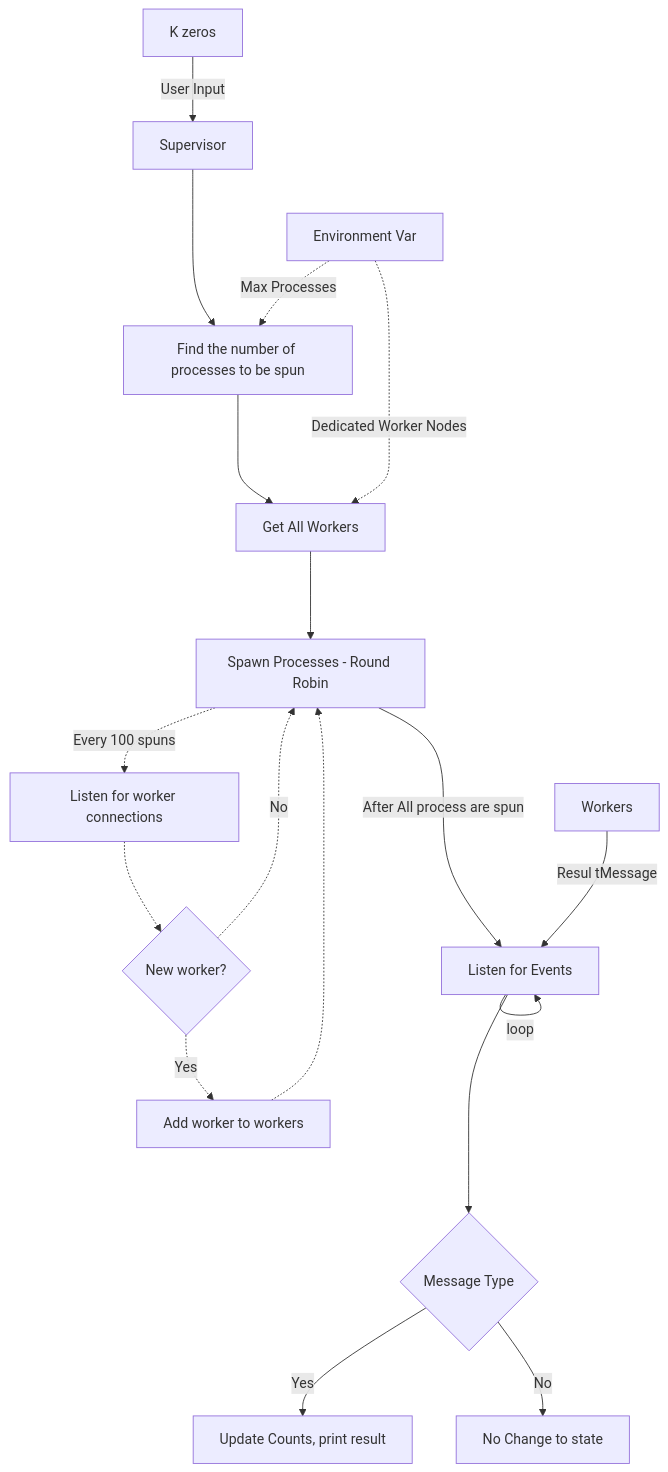
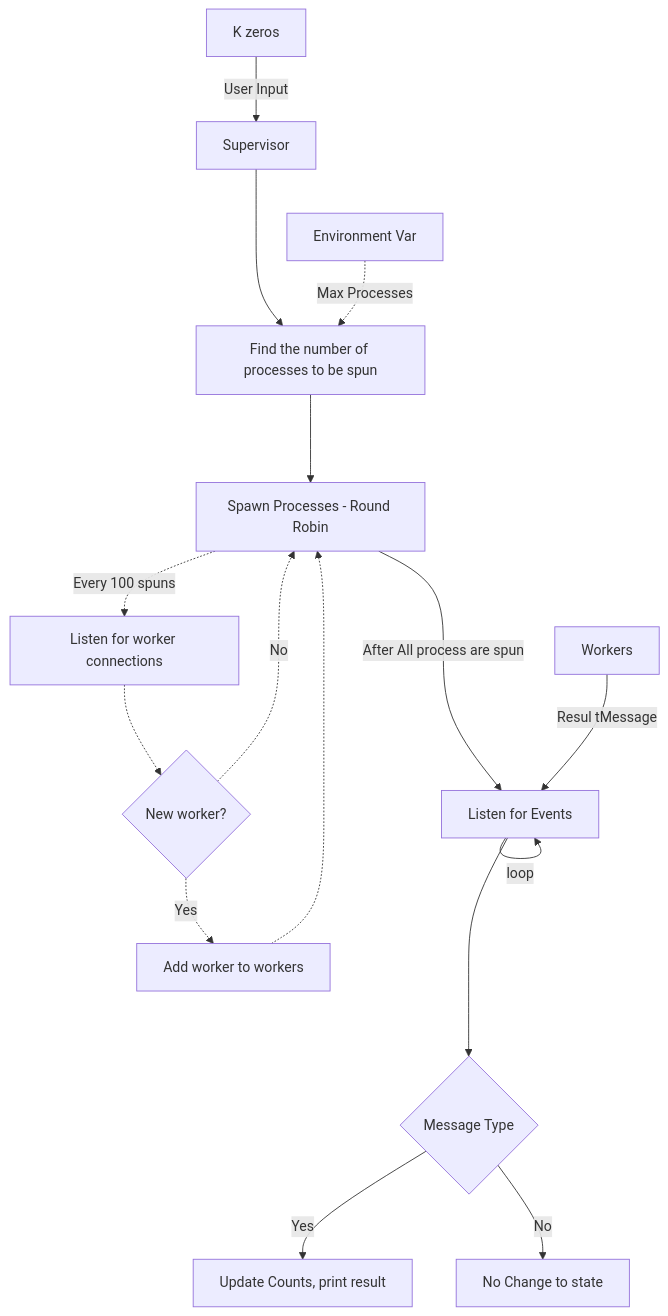
Before and after one commit to GANES1998/Bitcoin-Miner: the second of 3 diagrams in Readme.md, drawn with Mermaid.

Commit message:
Architecture diagram corrected

````diff
--- a/Readme.md
+++ b/Readme.md
@@ -37,20 +37,19 @@
 ```mermaid
 graph TB;
     A[K zeros] --User Input--> B[Supervisor];
     B ---> C[Find the number of processes to be spun];
-    C ---> L[Get All Workers];
-    D -.-> |Dedicated Worker Nodes|L;
     D[Environment Var] -.-> |Max Processes|C;
-    L ---> E[Spawn Processes - Round Robin];
+    C ---> E[Spawn Processes - Round Robin];
     E -.-> |Every 100 spuns| P[Listen for worker connections];
     P -.-> M{New worker?};
     M -.-> |Yes| N[Add worker to workers]; 
     N -.-> E;
     M -.-> |No| E;
     E ---> |After All process are spun| F[Listen for Events];
     F --loop--> F;
     H[Workers] --Resul tMessage--> F; 
     F ---> I{Message Type};
     I -->|Yes| J[Update Counts, print result];
     I -->|No| K[No Change to state]
+    
 ```
````
